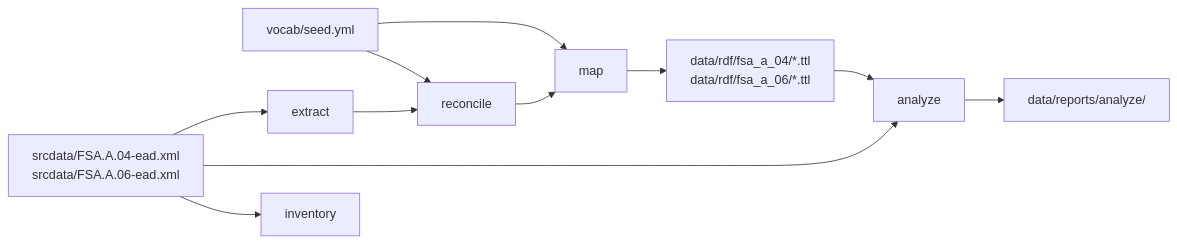
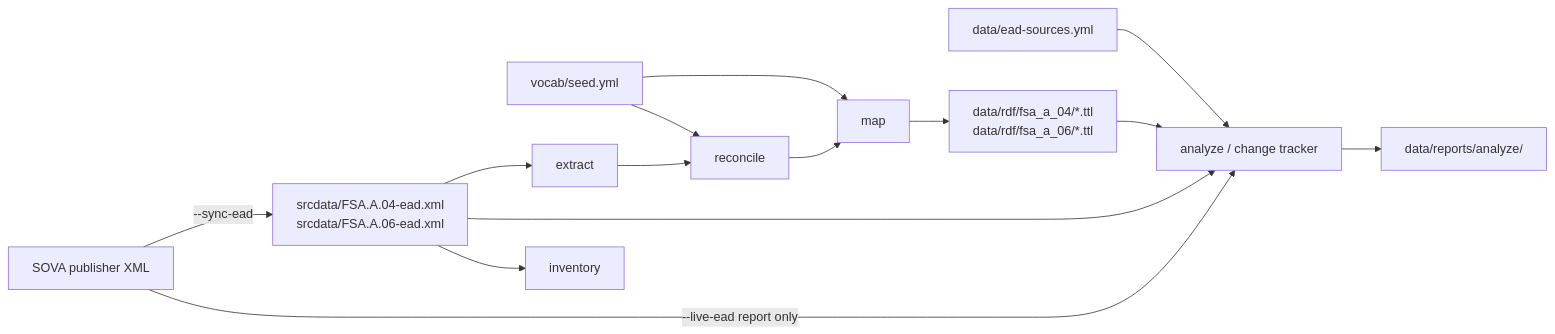
One commit to MehranDHN/SOVA-Myron-Bement-Smith-KG changed the second of 3 diagrams in README.md. Above: the diagram before and after it, drawn with Mermaid. The commit also changed other lines of this file and 6 other files, not shown here.

````diff
--- a/README.md
+++ b/README.md
@@ -187,20 +187,25 @@
 ```mermaid
 flowchart LR
+  SRC["data/ead-sources.yml"]
   EAD["srcdata/FSA.A.04-ead.xml<br/>srcdata/FSA.A.06-ead.xml"]
+  SOVA["SOVA publisher XML"]
   SEED["vocab/seed.yml"]
   INV["inventory"]
-  AN["analyze"]
+  AN["analyze / change tracker"]
   EX["extract"]
   REC["reconcile"]
   MAP["map"]
   RDF["data/rdf/fsa_a_04/*.ttl<br/>data/rdf/fsa_a_06/*.ttl"]
   REP["data/reports/analyze/"]
+  SRC --> AN
   EAD --> INV
   EAD --> AN
   RDF --> AN
+  SOVA -->|--live-ead report only| AN
+  SOVA -->|--sync-ead| EAD
   EAD --> EX --> REC
   SEED --> REC
   SEED --> MAP
   REC --> MAP --> RDF
   AN --> REP
 ```
````
